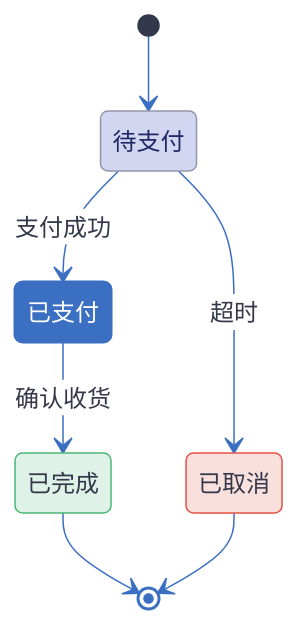
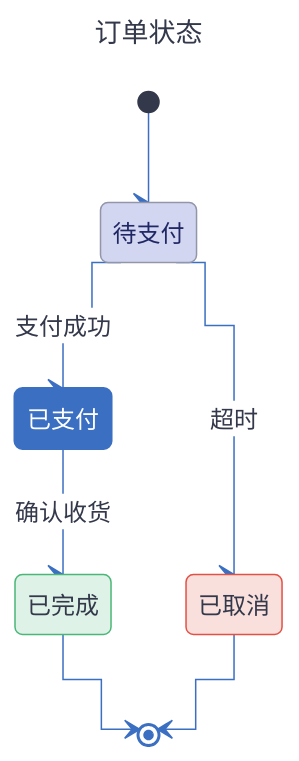
The eighth of 45 diagrams in docs/画图指南.md (huang-hee/diagram-kit), drawn with Mermaid before and after one commit. The commit also changed other lines of this file and 248 other files, not shown here.

First line of the commit message:
feat: 示例按统一风格重做，补齐 42 张 drawio 整图示例，默认工具改为 drawio

````diff
--- a/docs/画图指南.md
+++ b/docs/画图指南.md
@@ -677,54 +698,61 @@
 ```mermaid
 ---
+title: "订单状态"
 config:
   theme: base
   fontFamily: "PingFang SC, Microsoft YaHei, Noto Sans CJK SC, Source Han Sans SC, sans-serif"
+  flowchart:
+    curve: "step"
+    nodeSpacing: 50
+    rankSpacing: 60
+    padding: 12
+    wrappingWidth: 300
   themeVariables:
     background: "#FFFFFF"
     primaryColor: "#FFFFFF"
     primaryBorderColor: "#3B6FC2"
     primaryTextColor: "#33384A"
     nodeTextColor: "#33384A"
     secondaryColor: "#FBDBD1"
     tertiaryColor: "#EBF1F9"
     lineColor: "#3B6FC2"
     textColor: "#33384A"
     clusterBkg: "#EBF1F9"
     clusterBorder: "#3B6FC2"
     edgeLabelBackground: "#FFFFFF"
     titleColor: "#33384A"
     noteBkgColor: "#FFF6CE"
     noteBorderColor: "#A6A086"
     noteTextColor: "#33384A"
     stateBkg: "#D2D6F1"
     stateLabelColor: "#1F2865"
     compositeBackground: "#EBF1F9"
     compositeTitleBackground: "#EBF1F9"
     compositeBorder: "#3B6FC2"
     transitionColor: "#3B6FC2"
     transitionLabelColor: "#33384A"
     specialStateColor: "#33384A"
     innerEndBackground: "#33384A"
 ---
 stateDiagram-v2
   state "待支付" as Pending
   state "已支付" as Paid
   state "已完成" as Done
   state "已取消" as Cancelled
   [*] --> Pending
   Pending --> Paid : 支付成功
   Pending --> Cancelled : 超时
   Paid --> Done : 确认收货
   Done --> [*]
   Cancelled --> [*]
   class Pending normal
   class Paid active
   class Done ok
   class Cancelled fail
 classDef normal fill:#D2D6F1,stroke:#9396A9,color:#1F2865
 classDef active fill:#3B6FC2,stroke:#3B6FC2,color:#FFFFFF,stroke-width:2px
 classDef ok fill:#DEF2E7,stroke:#4AB777,color:#33384A
 classDef fail fill:#FAE0DD,stroke:#E35144,color:#33384A
 classDef composite fill:#EBF1F9,stroke:#3B6FC2,color:#33384A
 %% 用法：class 已支付 ok（classDef 写在状态定义之后）
 ```
````
